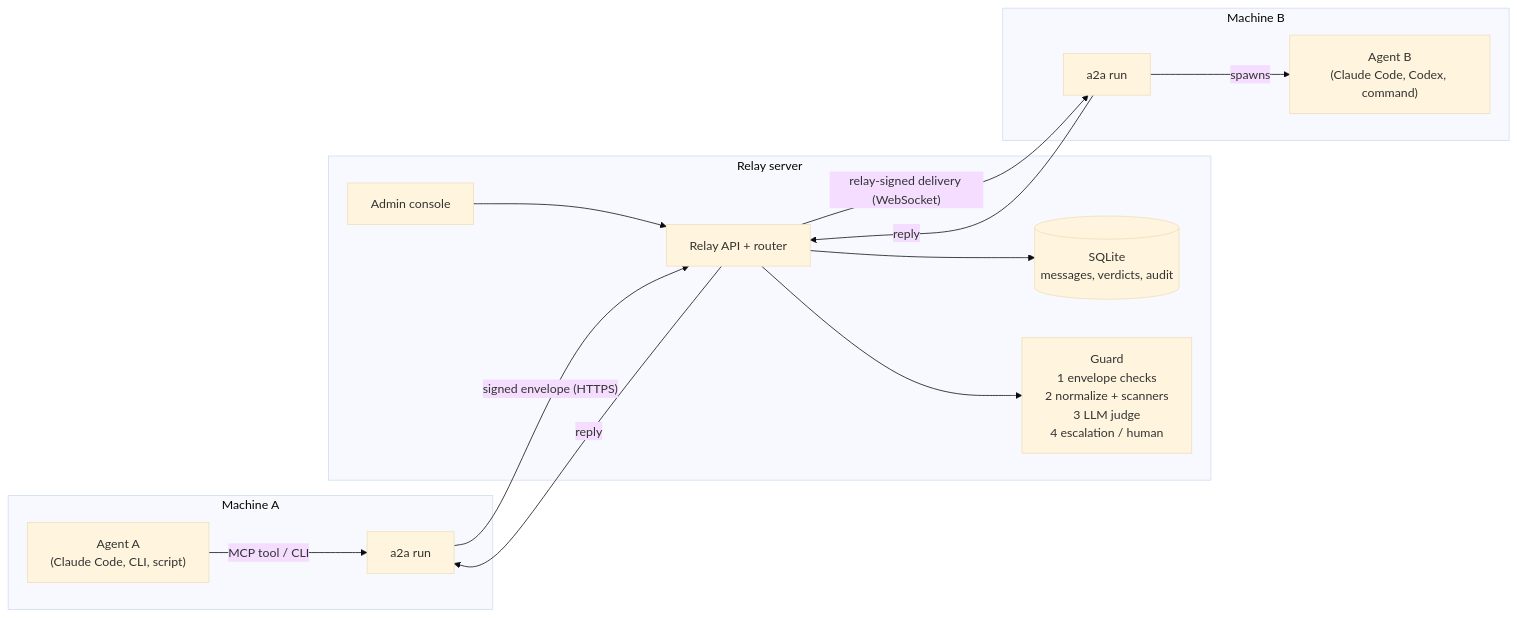
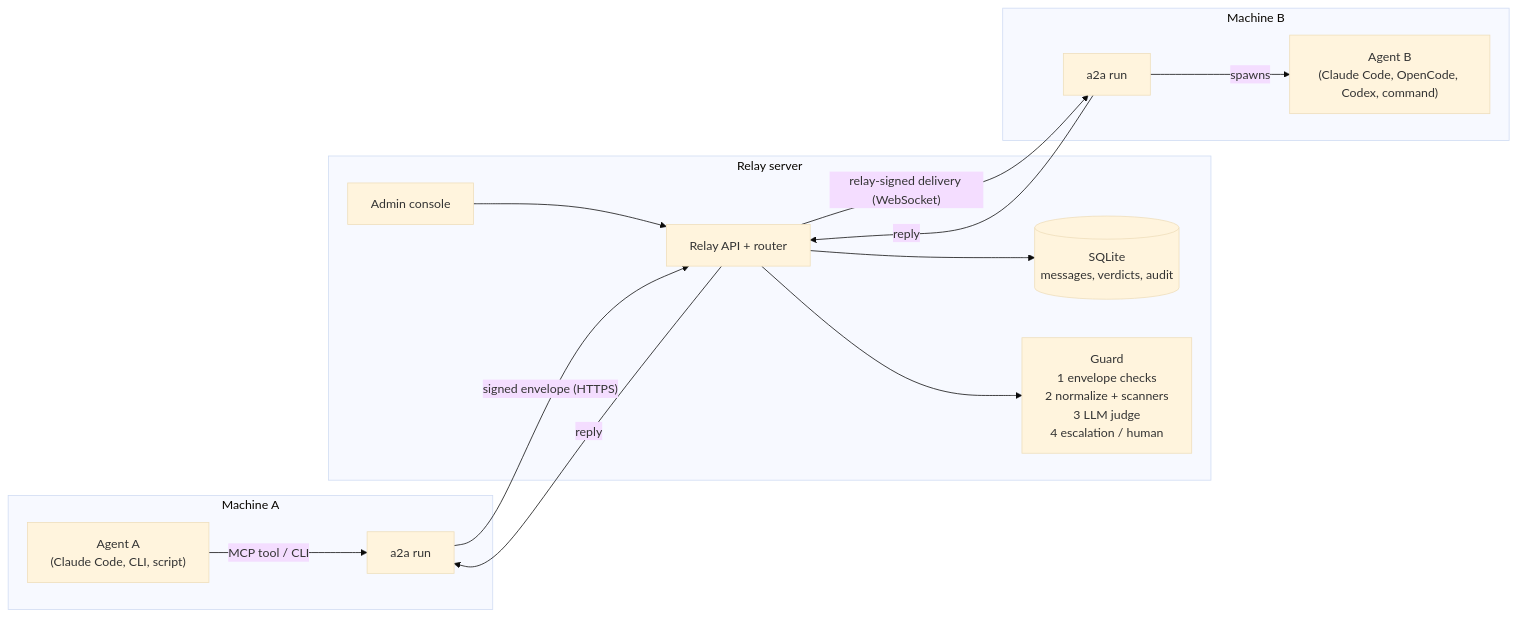
Before and after one commit to youssef-110/A2A: the diagram in README.md, drawn with Mermaid (base theme). The commit also changed other lines of this file and 6 other files, not shown here.

First line of the commit message:
Add OpenCode runtime

````diff
--- a/README.md
+++ b/README.md
@@ -13,18 +13,18 @@
 ```mermaid
 flowchart LR
   subgraph A["Machine A"]
     A1["Agent A<br/>(Claude Code, CLI, script)"] -- "MCP tool / CLI" --> CA["a2a run"]
   end
   subgraph S["Relay server"]
     API["Relay API + router"] --> DB[("SQLite<br/>messages, verdicts, audit")]
     API --> G["Guard<br/>1 envelope checks<br/>2 normalize + scanners<br/>3 LLM judge<br/>4 escalation / human"]
     UI["Admin console"] --> API
   end
   subgraph B["Machine B"]
-    CB["a2a run"] -- "spawns" --> B1["Agent B<br/>(Claude Code, Codex, command)"]
+    CB["a2a run"] -- "spawns" --> B1["Agent B<br/>(Claude Code, OpenCode, Codex, command)"]
   end
   CA -- "signed envelope (HTTPS)" --> API
   API -- "relay-signed delivery (WebSocket)" --> CB
   CB -- "reply" --> API
   API -- "reply" --> CA
 ```
````
